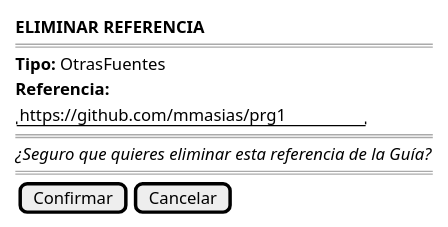
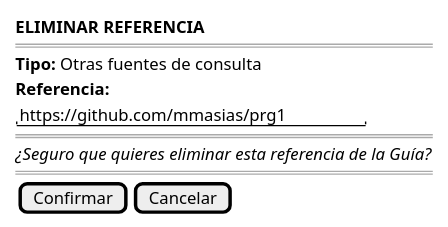
The diagram in RUP/01-requisitos/03-detalle-casos-uso/eliminarReferenciaBibliografica/wireframes.puml (mmasias/pyCeldaPublico), drawn with PlantUML before and after one commit. The commit also changed 16 other files, not shown here.

```diff
--- a/RUP/01-requisitos/03-detalle-casos-uso/eliminarReferenciaBibliografica/wireframes.puml
+++ b/RUP/01-requisitos/03-detalle-casos-uso/eliminarReferenciaBibliografica/wireframes.puml
@@ -1,13 +1,13 @@
 @startsalt eliminarReferenciaBibliografica-wireframe
 {
     <b>ELIMINAR REFERENCIA</b>
     ====
-    <b>Tipo:</b> OtrasFuentes
+    <b>Tipo:</b> Otras fuentes de consulta
     <b>Referencia:</b>
     "https://github.com/mmasias/prg1"
     ====
     <i>¿Seguro que quieres eliminar esta referencia de la Guía?</i>
     ====
     {[Confirmar] | [Cancelar]}
 }
 @endsalt
```
